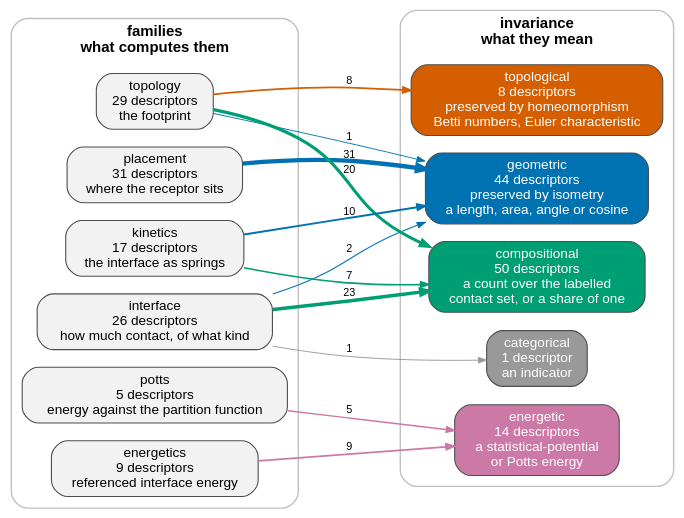
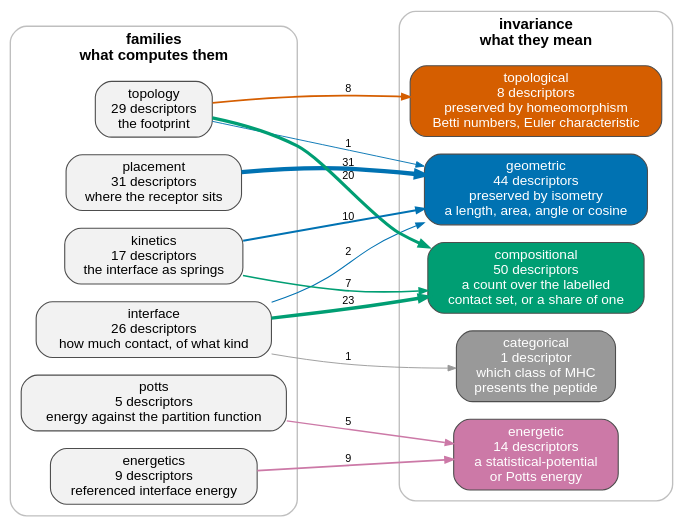
One commit to antigenomics/tcren changed the diagram in docs/_static/descriptor_families.dot. Above: the diagram before and after it, drawn with Graphviz. The commit also changed 6 other files, not shown here.

First line of the commit message:
Say what the categorical descriptor is: MHC class I or II

```diff
--- a/docs/_static/descriptor_families.dot
+++ b/docs/_static/descriptor_families.dot
@@ -1,42 +1,42 @@
 // GENERATED by scripts/gen_family_graph.py -- do not edit.
 digraph descriptor_families {
   rankdir=LR; bgcolor="transparent"; splines=true; nodesep=0.18; ranksep=1.1;
   node [shape=box, style="rounded,filled", fontname="Helvetica", fontsize=10,
         color="#4D4D4D", penwidth=0.8];
   edge [fontname="Helvetica", fontsize=8, color="#4D4D4D", arrowsize=0.6];
 
   // what produces them: one pass of one command per family
   subgraph cluster_family {
     label="families\nwhat computes them"; fontname="Helvetica-Bold"; fontsize=11;
     color="#BFBFBF"; style=rounded;
     "placement" [fillcolor="#F2F2F2", label="placement\n31 descriptors\nwhere the receptor sits"];
     "interface" [fillcolor="#F2F2F2", label="interface\n26 descriptors\nhow much contact, of what kind"];
     "topology" [fillcolor="#F2F2F2", label="topology\n29 descriptors\nthe footprint"];
     "energetics" [fillcolor="#F2F2F2", label="energetics\n9 descriptors\nreferenced interface energy"];
     "potts" [fillcolor="#F2F2F2", label="potts\n5 descriptors\nenergy against the partition function"];
     "kinetics" [fillcolor="#F2F2F2", label="kinetics\n17 descriptors\nthe interface as springs"];
   }
 
   // what they mean: the invariance the quantity is defined up to
   subgraph cluster_class {
     label="invariance\nwhat they mean"; fontname="Helvetica-Bold"; fontsize=11;
     color="#BFBFBF"; style=rounded;
     "geometric" [fillcolor="#0072B2", fontcolor="white", label="geometric\n44 descriptors\npreserved by isometry\na length, area, angle or cosine"];
     "topological" [fillcolor="#D55E00", fontcolor="white", label="topological\n8 descriptors\npreserved by homeomorphism\nBetti numbers, Euler characteristic"];
     "compositional" [fillcolor="#009E73", fontcolor="white", label="compositional\n50 descriptors\na count over the labelled\ncontact set, or a share of one"];
     "energetic" [fillcolor="#CC79A7", fontcolor="white", label="energetic\n14 descriptors\na statistical-potential\nor Potts energy"];
-    "categorical" [fillcolor="#999999", fontcolor="white", label="categorical\n1 descriptor\nan indicator"];
+    "categorical" [fillcolor="#999999", fontcolor="white", label="categorical\n1 descriptor\nwhich class of MHC\npresents the peptide"];
   }
 
   "placement" -> "geometric" [label="31", penwidth=3.20, color="#0072B2"];
   "interface" -> "compositional" [label="23", penwidth=2.53, color="#009E73"];
   "interface" -> "geometric" [label="2", penwidth=0.77, color="#0072B2"];
   "interface" -> "categorical" [label="1", penwidth=0.68, color="#999999"];
   "topology" -> "compositional" [label="20", penwidth=2.28, color="#009E73"];
   "topology" -> "topological" [label="8", penwidth=1.27, color="#D55E00"];
   "topology" -> "geometric" [label="1", penwidth=0.68, color="#0072B2"];
   "energetics" -> "energetic" [label="9", penwidth=1.35, color="#CC79A7"];
   "potts" -> "energetic" [label="5", penwidth=1.02, color="#CC79A7"];
   "kinetics" -> "geometric" [label="10", penwidth=1.44, color="#0072B2"];
   "kinetics" -> "compositional" [label="7", penwidth=1.19, color="#009E73"];
 }
```
